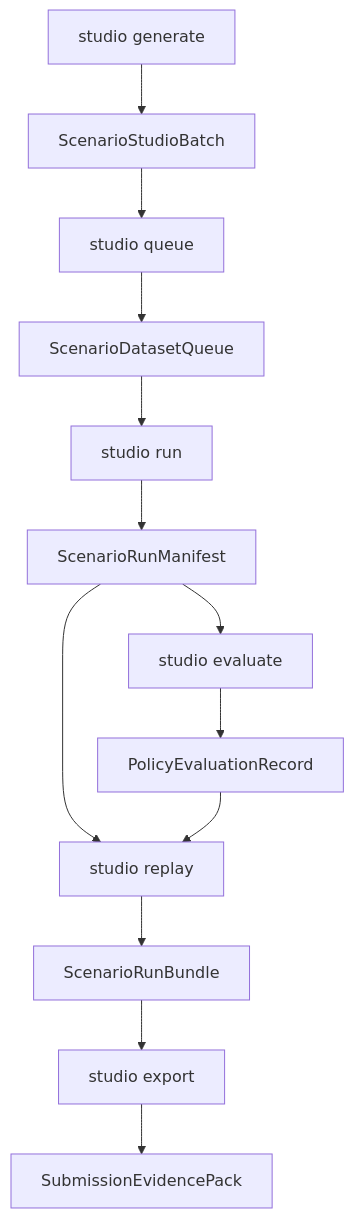
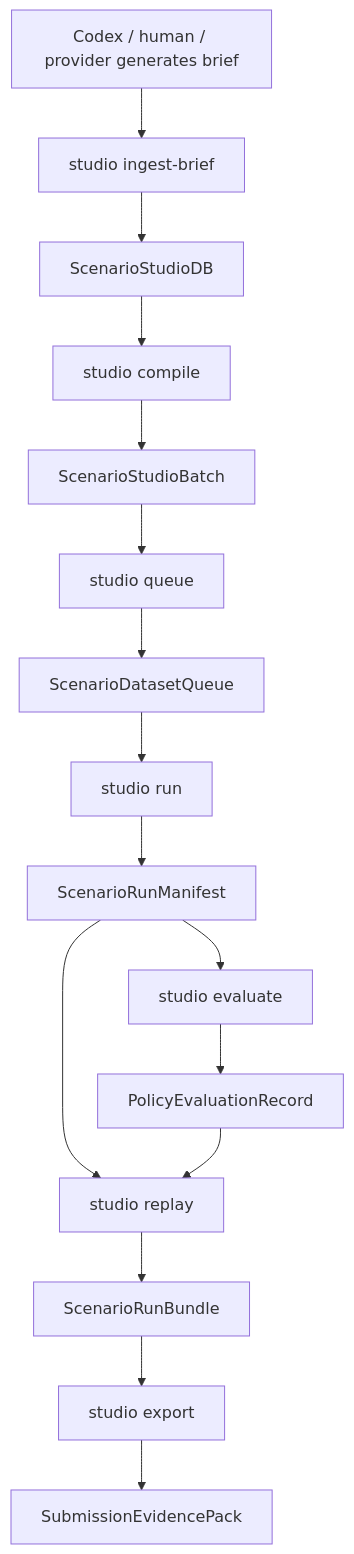
One commit to ZanarkandTechnologies/0xDriver changed the diagram in docs/specs/scenario-generator-cli-v1.md. Above: the diagram before and after it, drawn with Mermaid. The commit also changed other lines of this file and 8 other files, not shown here.

Commit message:
docs(cli): split studio db and codex operator

````diff
--- a/docs/specs/scenario-generator-cli-v1.md
+++ b/docs/specs/scenario-generator-cli-v1.md
@@ -156,15 +194,18 @@
 ```mermaid
 flowchart TD
-    A["studio generate"] --> B["ScenarioStudioBatch"]
-    B --> C["studio queue"]
-    C --> D["ScenarioDatasetQueue"]
-    D --> E["studio run"]
-    E --> F["ScenarioRunManifest"]
-    F --> G["studio evaluate"]
-    G --> H["PolicyEvaluationRecord"]
-    F --> I["studio replay"]
-    H --> I
-    I --> J["ScenarioRunBundle"]
-    J --> K["studio export"]
-    K --> L["SubmissionEvidencePack"]
+    A["Codex / human / provider generates brief"] --> B["studio ingest-brief"]
+    B --> C["ScenarioStudioDB"]
+    C --> D["studio compile"]
+    D --> E["ScenarioStudioBatch"]
+    E --> F["studio queue"]
+    F --> G["ScenarioDatasetQueue"]
+    G --> H["studio run"]
+    H --> I["ScenarioRunManifest"]
+    I --> J["studio evaluate"]
+    J --> K["PolicyEvaluationRecord"]
+    I --> L["studio replay"]
+    K --> L
+    L --> M["ScenarioRunBundle"]
+    M --> N["studio export"]
+    N --> O["SubmissionEvidencePack"]
 ```
````
